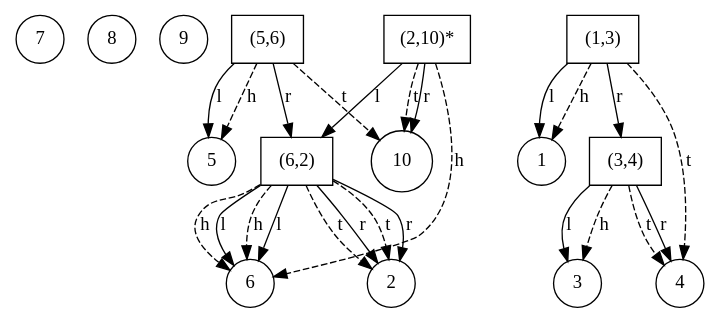
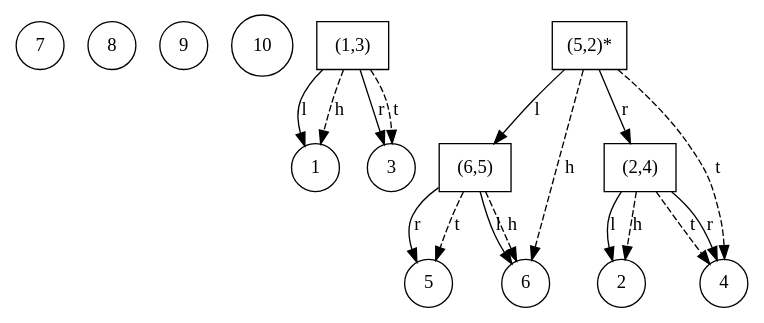
Before and after one commit to Musab1Blaser/DynamicTrees_NF: the diagram in ST-Tree/src/internal_graph.dot, drawn with Graphviz. The commit also changed 6 other files, not shown here.

```diff
--- a/ST-Tree/src/internal_graph.dot
+++ b/ST-Tree/src/internal_graph.dot
@@ -1,44 +1,32 @@
 digraph G {
 7 [shape=circle];
 8 [shape=circle];
 9 [shape=circle];
-"(5,6)" [shape=box];
-5 [shape=circle];
-"(5,6)" -> 5 [label=l];
-"(5,6)" -> "(6,2)" [label=r];
-"(5,6)" -> 5 [style=dashed, label = h];
-"(5,6)" -> 10 [style=dashed, label = t];
-"(6,2)" [shape=box];
-6 [shape=circle];
-"(6,2)" -> 6 [label=l];
-2 [shape=circle];
-"(6,2)" -> 2 [label=r];
-"(6,2)" -> 6 [style=dashed, label = h];
-"(6,2)" -> 2 [style=dashed, label = t];
+10 [shape=circle];
 "(1,3)" [shape=box];
 1 [shape=circle];
 "(1,3)" -> 1 [label=l];
-"(1,3)" -> "(3,4)" [label=r];
+3 [shape=circle];
+"(1,3)" -> 3 [label=r];
 "(1,3)" -> 1 [style=dashed, label = h];
-"(1,3)" -> 4 [style=dashed, label = t];
-"(3,4)" [shape=box];
-3 [shape=circle];
-"(3,4)" -> 3 [label=l];
+"(1,3)" -> 3 [style=dashed, label = t];
+"(5,2)*" [shape=box];
+"(5,2)*" -> "(6,5)" [label=l];
+"(5,2)*" -> "(2,4)" [label=r];
+"(5,2)*" -> 6 [style=dashed, label = h];
+"(5,2)*" -> 4 [style=dashed, label = t];
+"(6,5)" [shape=box];
+6 [shape=circle];
+"(6,5)" -> 6 [label=l];
+5 [shape=circle];
+"(6,5)" -> 5 [label=r];
+"(6,5)" -> 6 [style=dashed, label = h];
+"(6,5)" -> 5 [style=dashed, label = t];
+"(2,4)" [shape=box];
+2 [shape=circle];
+"(2,4)" -> 2 [label=l];
 4 [shape=circle];
-"(3,4)" -> 4 [label=r];
-"(3,4)" -> 3 [style=dashed, label = h];
-"(3,4)" -> 4 [style=dashed, label = t];
-"(2,10)*" [shape=box];
-"(2,10)*" -> "(6,2)" [label=l];
-10 [shape=circle];
-"(2,10)*" -> 10 [label=r];
-"(2,10)*" -> 6 [style=dashed, label = h];
-"(2,10)*" -> 10 [style=dashed, label = t];
-"(6,2)" [shape=box];
-6 [shape=circle];
-"(6,2)" -> 6 [label=l];
-2 [shape=circle];
-"(6,2)" -> 2 [label=r];
-"(6,2)" -> 6 [style=dashed, label = h];
-"(6,2)" -> 2 [style=dashed, label = t];
+"(2,4)" -> 4 [label=r];
+"(2,4)" -> 2 [style=dashed, label = h];
+"(2,4)" -> 4 [style=dashed, label = t];
 }
```
